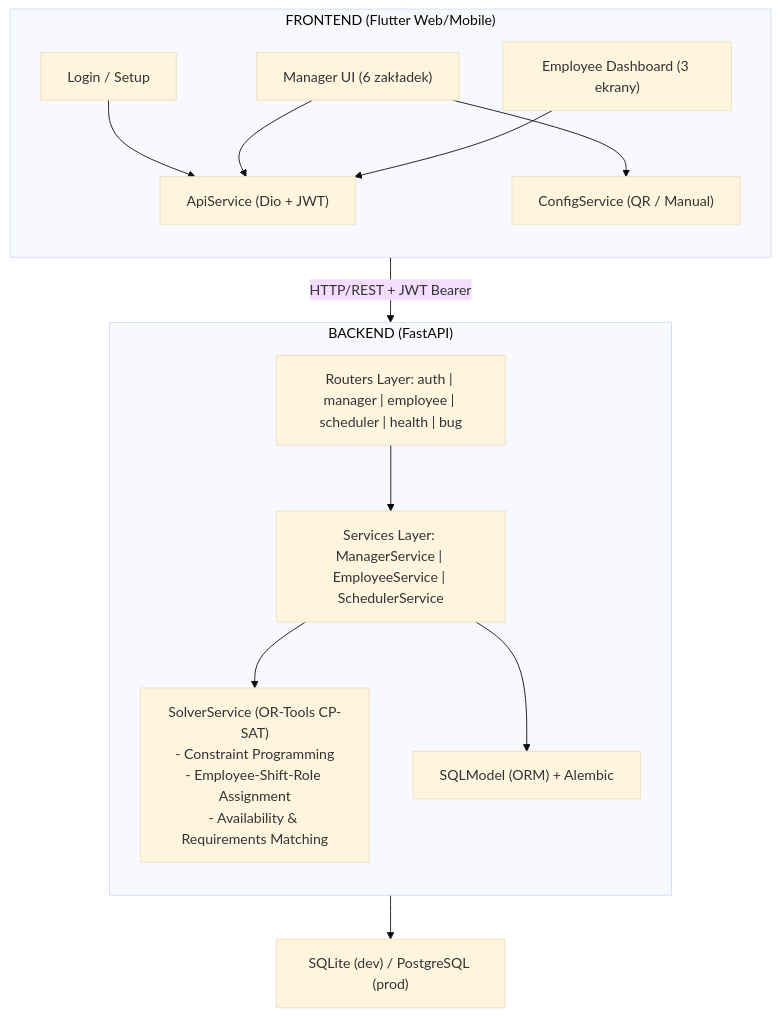
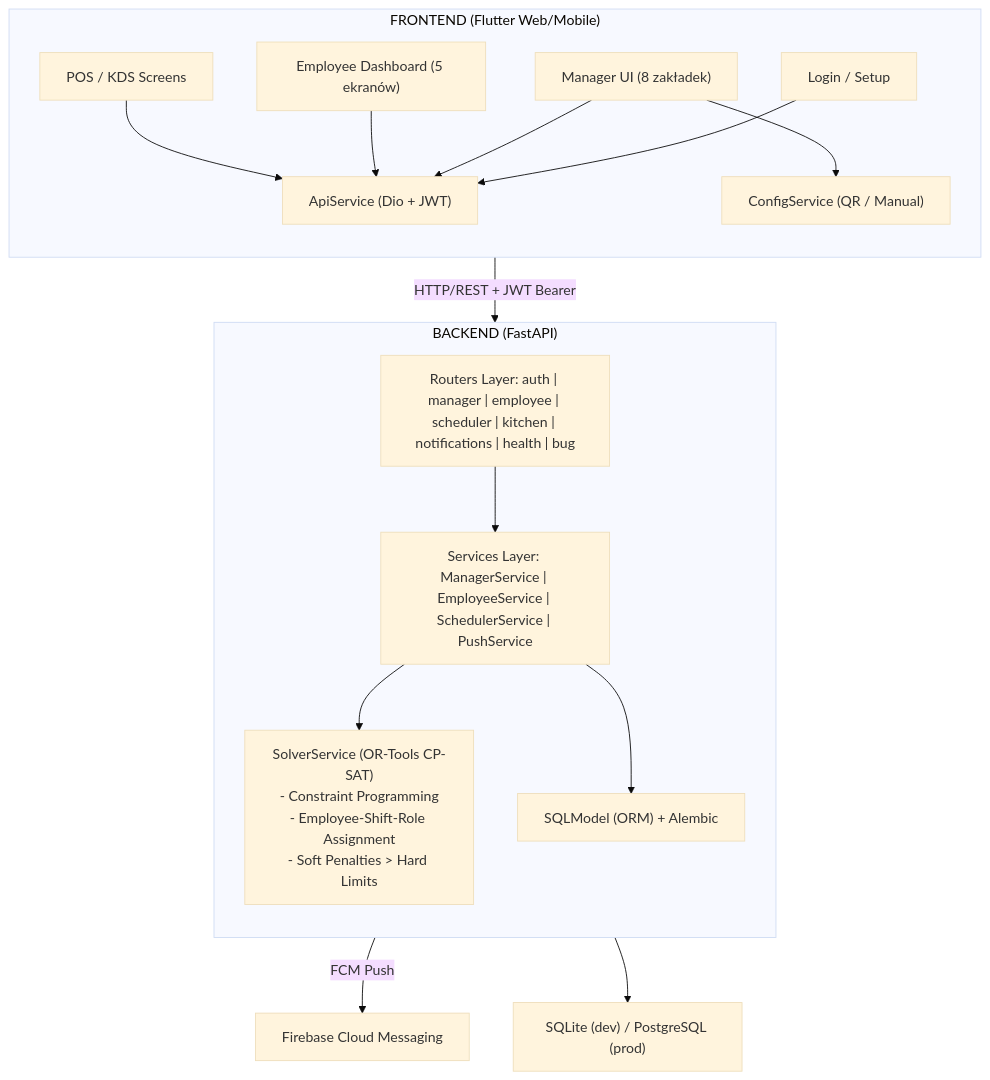
Before and after one commit to mwieclawek/PlannerV2: the first of 5 diagrams in ARCHITECTURE.md, drawn with Mermaid (base theme). The commit also changed other lines of this file and 2 other files, not shown here.

Commit message:
docs: comprehensive update of README, ARCHITECTURE, and USER_GUIDE with POS/KDS, push notifications, leave requests, and all new features

````diff
--- a/ARCHITECTURE.md
+++ b/ARCHITECTURE.md
@@ -5,32 +5,35 @@
 ```mermaid
 graph TD
     subgraph FRONTEND["FRONTEND (Flutter Web/Mobile)"]
         direction TB
         LOGIN["Login / Setup"]
-        MANAGER_UI["Manager UI (6 zakładek)"]
-        EMPLOYEE_UI["Employee Dashboard (3 ekrany)"]
+        MANAGER_UI["Manager UI (8 zakładek)"]
+        EMPLOYEE_UI["Employee Dashboard (5 ekranów)"]
+        POS_UI["POS / KDS Screens"]
         API_SVC["ApiService (Dio + JWT)"]
         CONFIG_SVC["ConfigService (QR / Manual)"]
 
         LOGIN --> API_SVC
         MANAGER_UI --> API_SVC
         EMPLOYEE_UI --> API_SVC
+        POS_UI --> API_SVC
         MANAGER_UI --> CONFIG_SVC
     end
 
     API_SVC -- "HTTP/REST + JWT Bearer" --> ROUTERS
 
     subgraph BACKEND["BACKEND (FastAPI)"]
         direction TB
-        ROUTERS["Routers Layer: auth | manager | employee | scheduler | health | bug"]
-        SERVICES["Services Layer: ManagerService | EmployeeService | SchedulerService"]
-        SOLVER["SolverService (OR-Tools CP-SAT)\n- Constraint Programming\n- Employee-Shift-Role Assignment\n- Availability & Requirements Matching"]
+        ROUTERS["Routers Layer: auth | manager | employee | scheduler | kitchen | notifications | health | bug"]
+        SERVICES["Services Layer: ManagerService | EmployeeService | SchedulerService | PushService"]
+        SOLVER["SolverService (OR-Tools CP-SAT)\n- Constraint Programming\n- Employee-Shift-Role Assignment\n- Soft Penalties > Hard Limits"]
         ORM["SQLModel (ORM) + Alembic"]
 
         ROUTERS --> SERVICES
         SERVICES --> SOLVER
         SERVICES --> ORM
     end
 
+    SERVICES -- "FCM Push" --> FCM["Firebase Cloud Messaging"]
     ORM --> DB["SQLite (dev) / PostgreSQL (prod)"]
 ```
````
